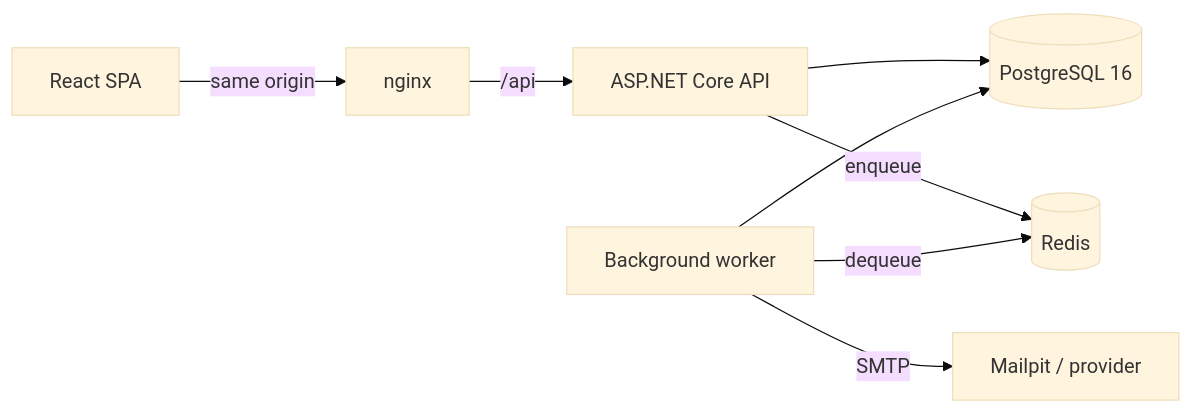
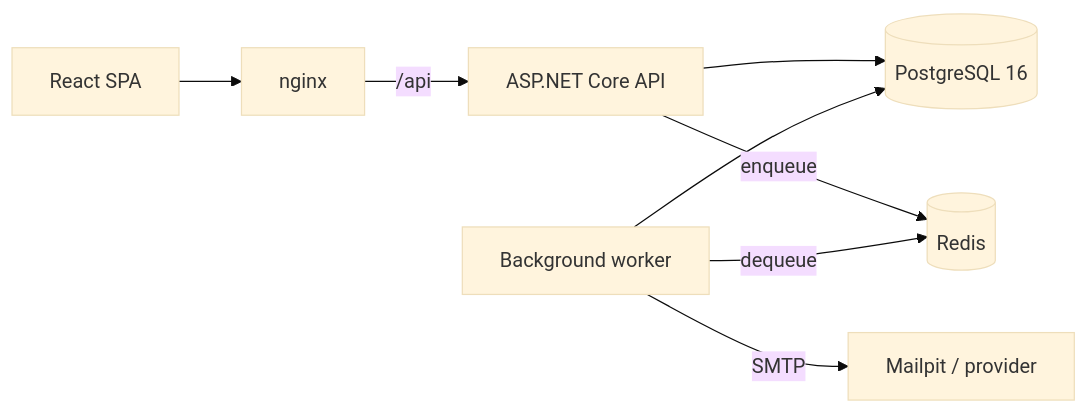
The diagram in docs/ARCHITECTURE.md (alawadii-code/SaaSWorkspacePlatform), drawn with Mermaid (base theme) before and after one commit. The commit also changed other lines of this file and 100 other files, not shown here.

````diff
--- a/docs/ARCHITECTURE.md
+++ b/docs/ARCHITECTURE.md
@@ -12,10 +5,10 @@
 ```mermaid
 flowchart LR
-    Browser["React SPA"] -->|same origin| Nginx[nginx]
+    Browser["React SPA"] --> Nginx[nginx]
     Nginx -->|/api| Api["ASP.NET Core API"]
     Api --> Pg[("PostgreSQL 16")]
     Api -->|enqueue| Redis[("Redis")]
     Worker["Background worker"] -->|dequeue| Redis
     Worker --> Pg
     Worker -->|SMTP| Mail["Mailpit / provider"]
 ```
````
